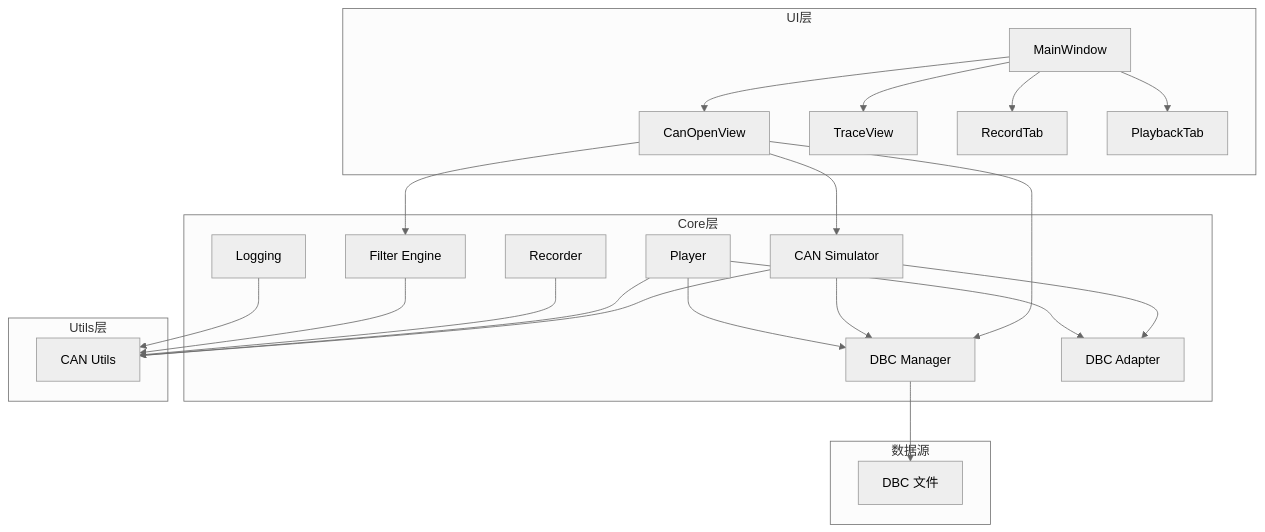
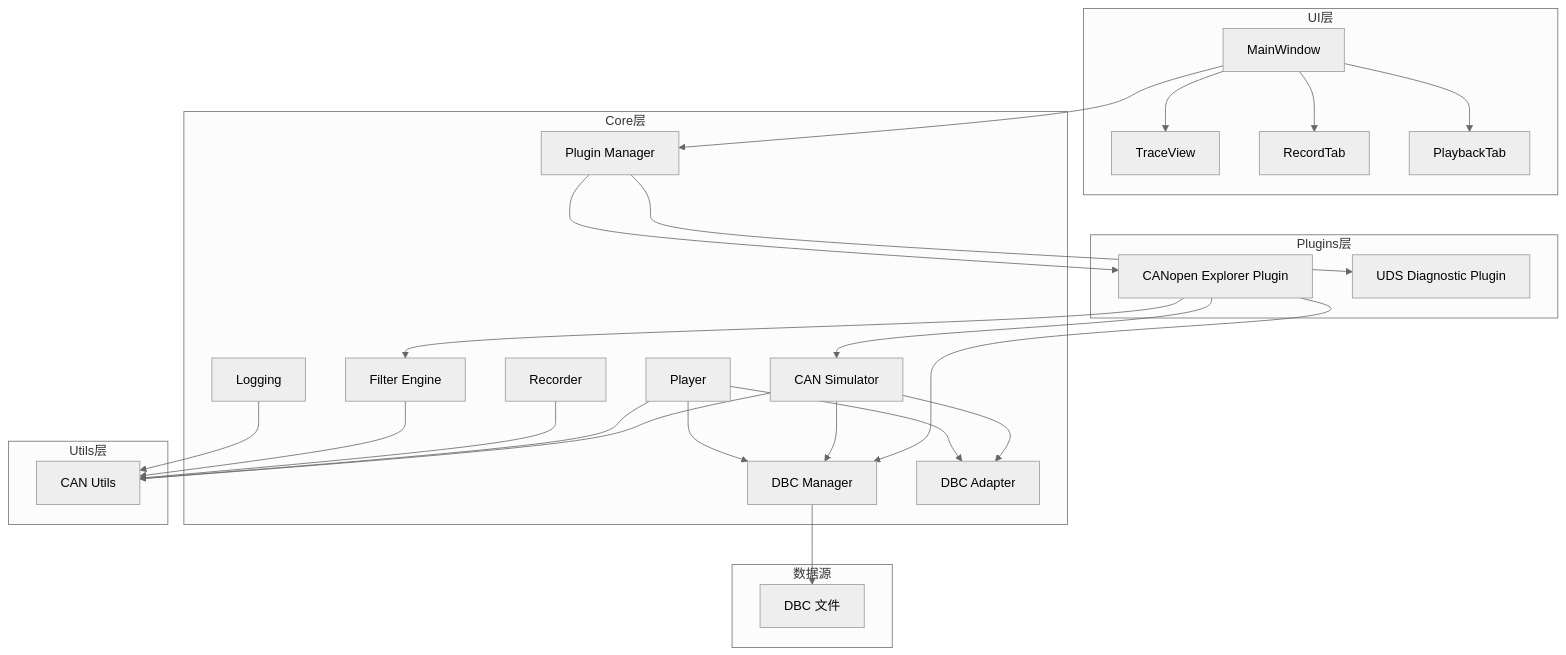
One commit to jakecai1225-design/OpenBus changed the first of 7 diagrams in .qoder/repowiki/zh/content/核心模块详解/CAN Open协议支持.md. Above: the diagram before and after it, drawn with Mermaid (neutral theme). The commit also changed other lines of this file and 57 other files, not shown here.

````diff
--- a/.qoder/repowiki/zh/content/核心模块详解/CAN Open协议支持.md
+++ b/.qoder/repowiki/zh/content/核心模块详解/CAN Open协议支持.md
@@ -51,42 +60,48 @@
 ```mermaid
 graph TB
 subgraph "UI层"
 MW["MainWindow"]
-COV["CanOpenView"]
 TV["TraceView"]
 RT["RecordTab"]
 PT["PlaybackTab"]
 end
 subgraph "Core层"
 CS["CAN Simulator"]
 DM["DBC Manager"]
 DA["DBC Adapter"]
 FE["Filter Engine"]
 PL["Player"]
 RC["Recorder"]
 LG["Logging"]
+PM["Plugin Manager"]
+end
+subgraph "Plugins层"
+COE["CANopen Explorer Plugin"]
+UDS["UDS Diagnostic Plugin"]
 end
 subgraph "Utils层"
 CU["CAN Utils"]
 end
 subgraph "数据源"
 DBC["DBC 文件"]
 end
-MW --> COV
 MW --> TV
 MW --> RT
 MW --> PT
-COV --> CS
-COV --> DM
-COV --> FE
+MW --> PM
+PM --> COE
+PM --> UDS
+COE --> CS
+COE --> DM
+COE --> FE
 CS --> DM
 CS --> DA
 CS --> CU
 PL --> DM
 PL --> DA
 PL --> CU
 RC --> CU
 DM --> DBC
 FE --> CU
 LG --> CU
 ```
````
